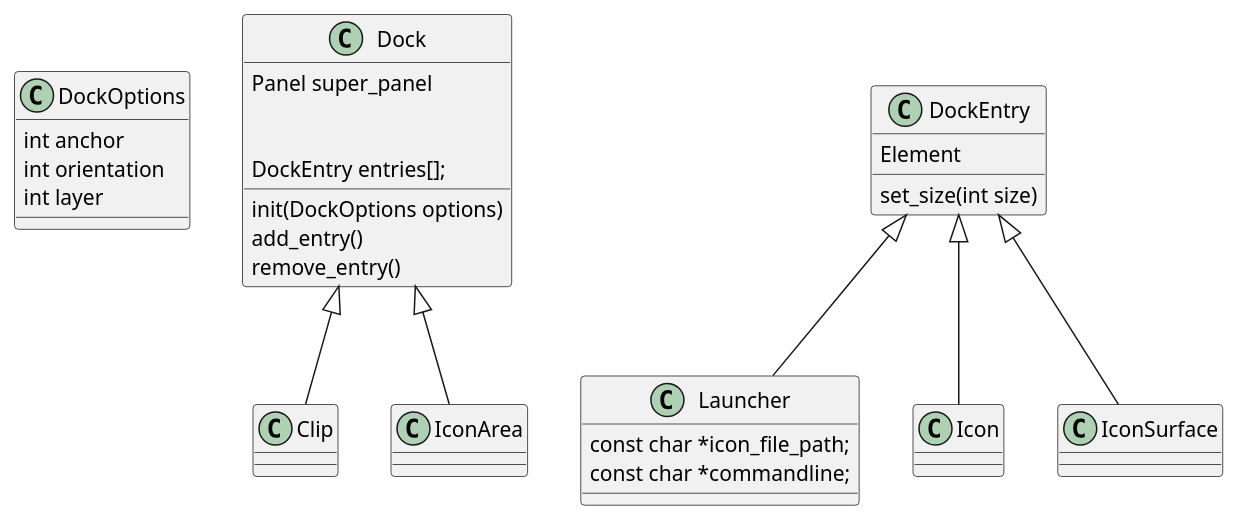
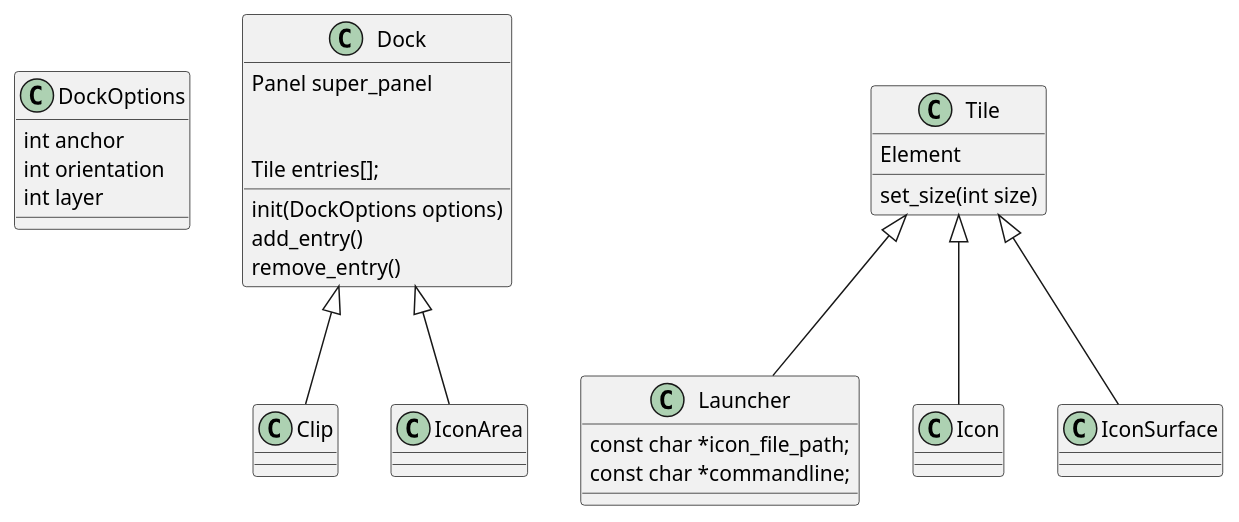
The second of 2 diagrams in src/toolkit/toolkit.md (phkaeser/wlmaker), drawn with PlantUML before and after one commit. The commit also changed other lines of this file, not shown here.

Commit message:
Names the entries in a dock 'Tile'.

````diff
--- a/src/toolkit/toolkit.md
+++ b/src/toolkit/toolkit.md
@@ -381,43 +381,43 @@
 ```plantuml
 class DockOptions {
   int anchor
   int orientation
   int layer
 }
 
 class Dock {
   Panel super_panel
 
   init(DockOptions options)
 
-  DockEntry entries[];
+  Tile entries[];
 
   add_entry()
   remove_entry()
 }
 
-class DockEntry {
+class Tile {
   Element
 
   set_size(int size)
 }
 
 class Launcher {
 
   const char *icon_file_path;
   const char *commandline;
 }
-DockEntry <|-- Launcher
+Tile <|-- Launcher
 
 class Icon {}
-DockEntry <|-- Icon
+Tile <|-- Icon
 
 class IconSurface {}
-DockEntry <|-- IconSurface
+Tile <|-- IconSurface
 
 class Clip {}
 Dock <|-- Clip
 
 class IconArea {}
 Dock <|-- IconArea
 ```
````
